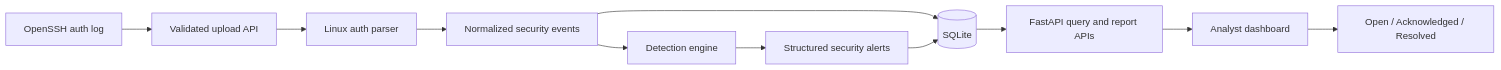
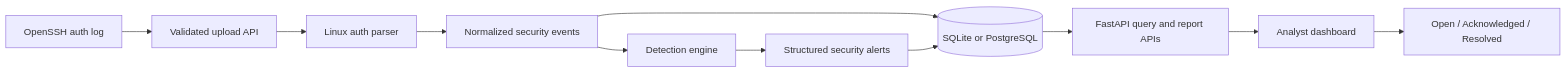
Before and after one commit to giovanipaul/ThreatLens: the diagram in README.md, drawn with Mermaid. The commit also changed other lines of this file and 5 other files, not shown here.

````diff
--- a/README.md
+++ b/README.md
@@ -60,13 +74,13 @@
 ```mermaid
 flowchart LR
     A[OpenSSH auth log] --> B[Validated upload API]
     B --> C[Linux auth parser]
     C --> D[Normalized security events]
     D --> E[Detection engine]
     E --> F[Structured security alerts]
-    D --> G[(SQLite)]
+    D --> G[(SQLite or PostgreSQL)]
     F --> G
     G --> H[FastAPI query and report APIs]
     H --> I[Analyst dashboard]
     I --> J[Open / Acknowledged / Resolved]
 ```
````
